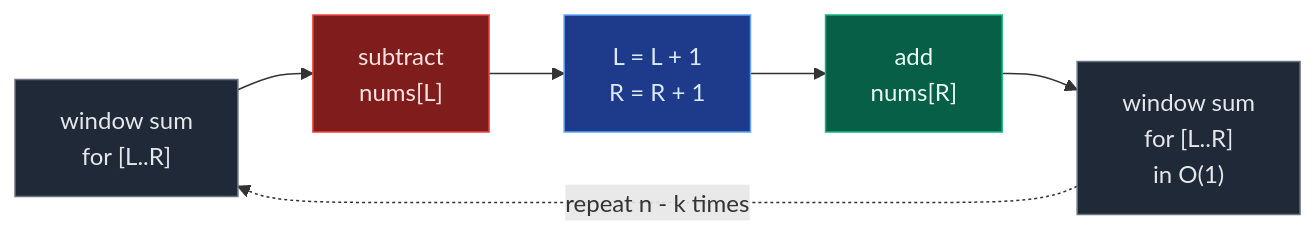
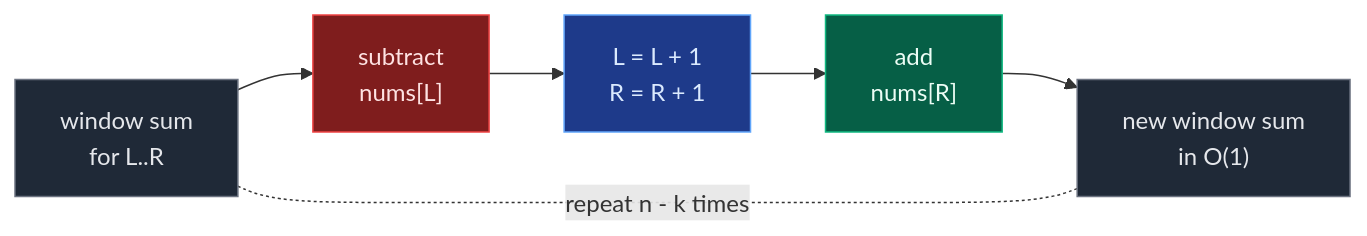
One commit to ajay-nikumbh/dsa-notes changed the tenth of 16 diagrams in 04. Sliding window/01. Introduction/01. Introduction to Sliding Window.md. Above: the diagram before and after it, drawn with Mermaid. The commit also changed other lines of this file, not shown here.

First line of the commit message:
Sliding Window 01: rewrite Introduction to the note rules

````diff
--- a/04. Sliding window/01. Introduction/01. Introduction to Sliding Window.md
+++ b/04. Sliding window/01. Introduction/01. Introduction to Sliding Window.md
@@ -142,15 +305,15 @@
 ```mermaid
 flowchart LR
-    A["window sum<br/>for [L..R]"]:::state
+    A["window sum<br/>for L..R"]:::state
     B["subtract<br/>nums[L]"]:::drop
     C["L = L + 1<br/>R = R + 1"]:::move
     D["add<br/>nums[R]"]:::add
-    E["window sum<br/>for [L..R]<br/>in O(1)"]:::state
+    E["new window sum<br/>in O(1)"]:::state
     A --> B --> C --> D --> E
-    E -. "repeat n - k times" .-> A
+    E -.-|repeat n - k times| A
 
     classDef state fill:#1f2937,stroke:#6b7280,color:#e5e7eb
     classDef drop fill:#7f1d1d,stroke:#ef4444,color:#fee2e2
     classDef add fill:#065f46,stroke:#10b981,color:#ecfdf5
     classDef move fill:#1e3a8a,stroke:#60a5fa,color:#dbeafe
 ```
````
